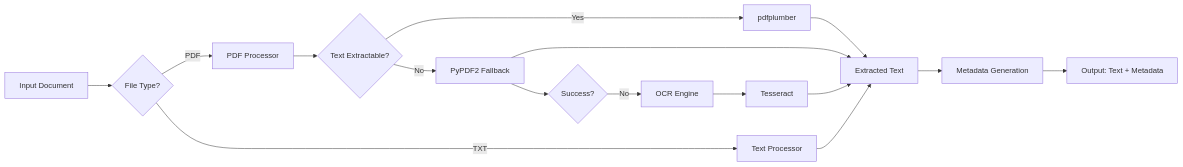
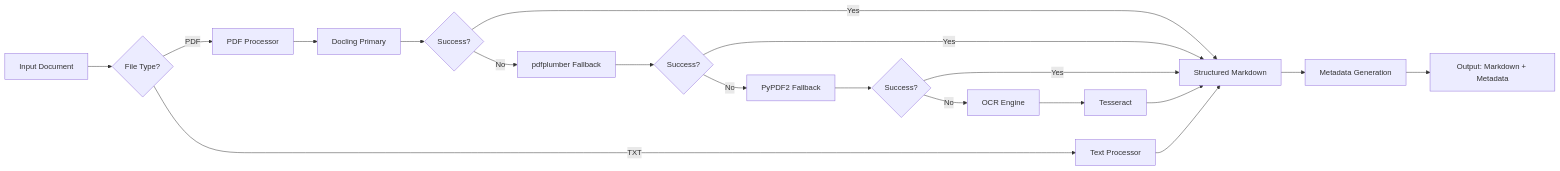
The second of 22 diagrams in memory_bank/system-architecture.md (adithyashankar-97/law_pilot), drawn with Mermaid before and after one commit. The commit also changed other lines of this file and 6 other files, not shown here.

````diff
--- a/memory_bank/system-architecture.md
+++ b/memory_bank/system-architecture.md
@@ -76,18 +76,21 @@
 ```mermaid
 graph LR
     A[Input Document] --> B{File Type?}
     B -->|PDF| C[PDF Processor]
     B -->|TXT| D[Text Processor]
-    C --> E{Text Extractable?}
-    E -->|Yes| F[pdfplumber]
-    E -->|No| G[PyPDF2 Fallback]
-    G --> H{Success?}
-    H -->|No| I[OCR Engine]
-    I --> J[Tesseract]
-    F --> K[Extracted Text]
-    G --> K
-    J --> K
-    D --> K
-    K --> L[Metadata Generation]
-    L --> M[Output: Text + Metadata]
+    C --> E[Docling Primary]
+    E --> F{Success?}
+    F -->|Yes| G[Structured Markdown]
+    F -->|No| H[pdfplumber Fallback]
+    H --> I{Success?}
+    I -->|Yes| G
+    I -->|No| J[PyPDF2 Fallback]
+    J --> K{Success?}
+    K -->|Yes| G
+    K -->|No| L[OCR Engine]
+    L --> M[Tesseract]
+    M --> G
+    D --> G
+    G --> N[Metadata Generation]
+    N --> O[Output: Markdown + Metadata]
 ```
````
